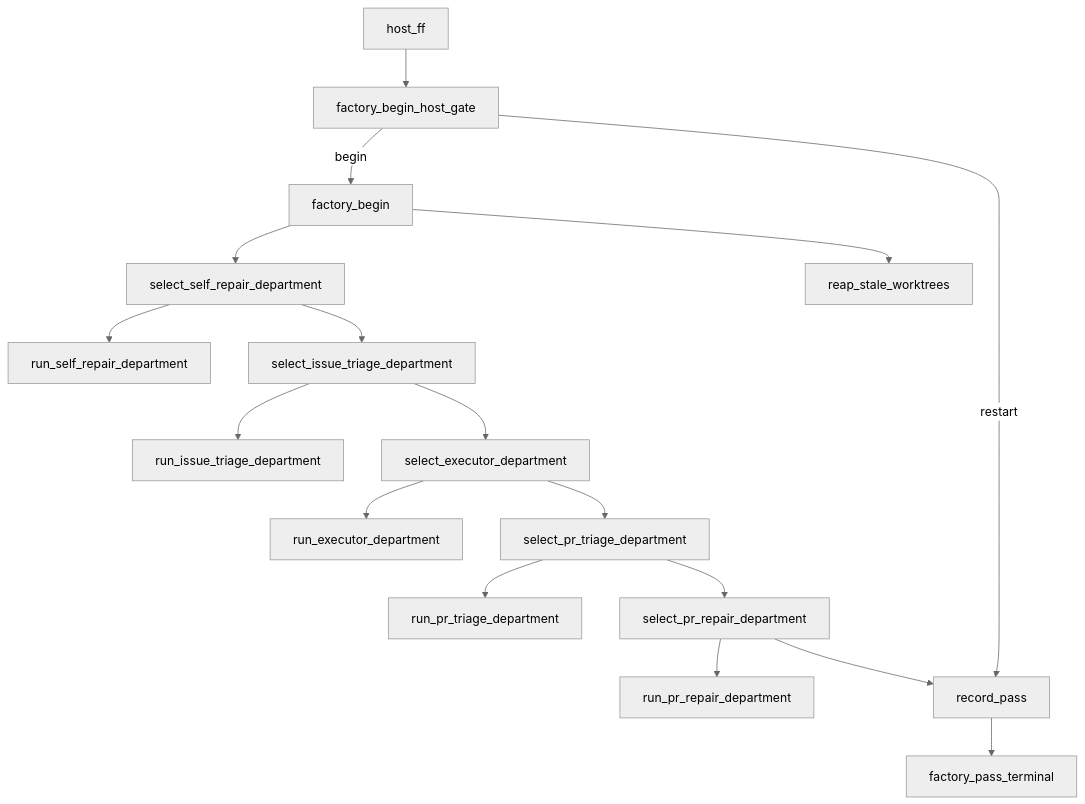
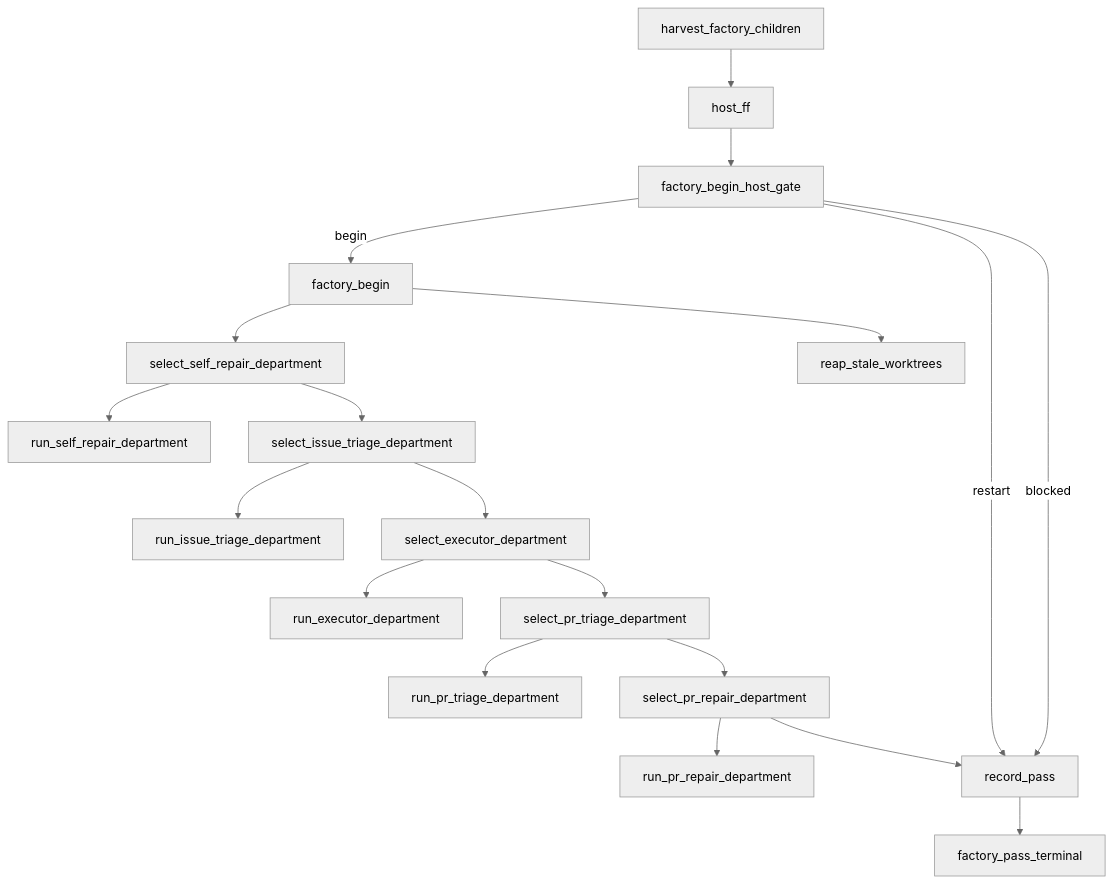
The diagram in docs/GRAPH.md (mikolaj92/lokay), drawn with Mermaid (neutral theme) before and after one commit. The commit also changed other lines of this file and 7 other files, not shown here.

First line of the commit message:
docs: align factory graph prose with the authored package

````diff
--- a/docs/GRAPH.md
+++ b/docs/GRAPH.md
@@ -77,13 +77,15 @@
 ```mermaid
 flowchart TD
+    harvest_factory_children --> host_ff
     host_ff --> factory_begin_host_gate
     factory_begin_host_gate -- begin --> factory_begin
     factory_begin_host_gate -- restart --> record_pass
+    factory_begin_host_gate -- blocked --> record_pass
     factory_begin --> select_self_repair_department --> run_self_repair_department
     select_self_repair_department --> select_issue_triage_department --> run_issue_triage_department
     select_issue_triage_department --> select_executor_department --> run_executor_department
     select_executor_department --> select_pr_triage_department --> run_pr_triage_department
     select_pr_triage_department --> select_pr_repair_department --> run_pr_repair_department
     select_pr_repair_department --> record_pass --> factory_pass_terminal
     factory_begin --> reap_stale_worktrees
 ```
````
